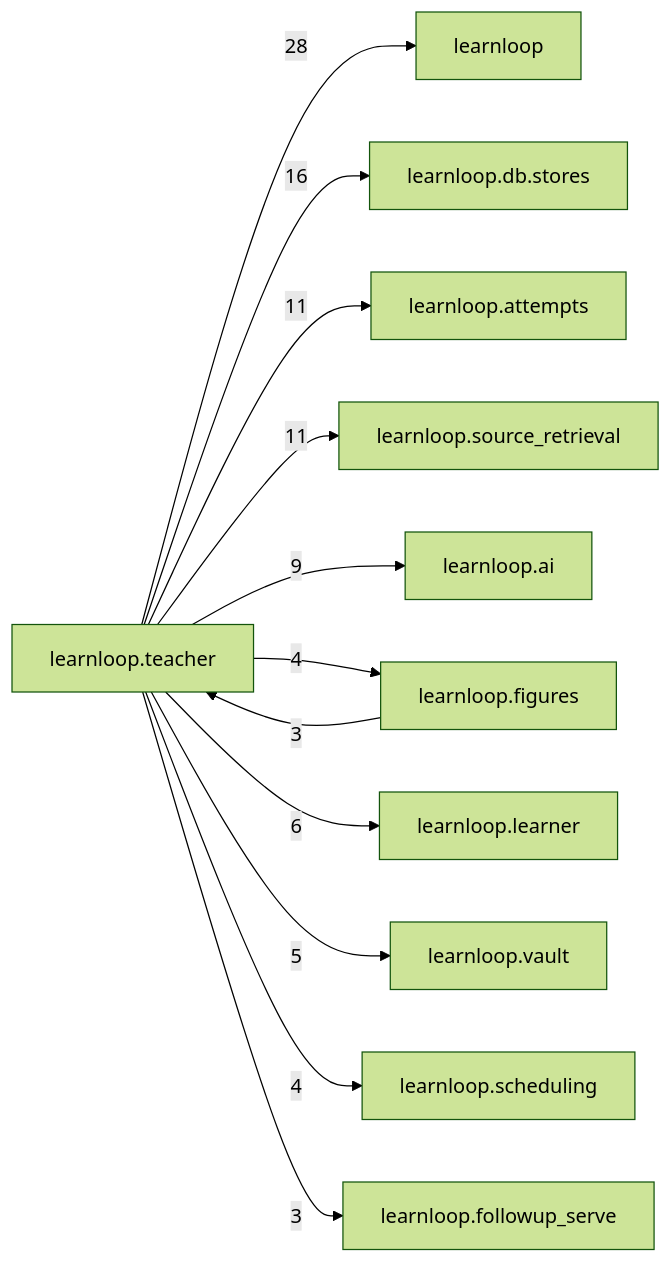
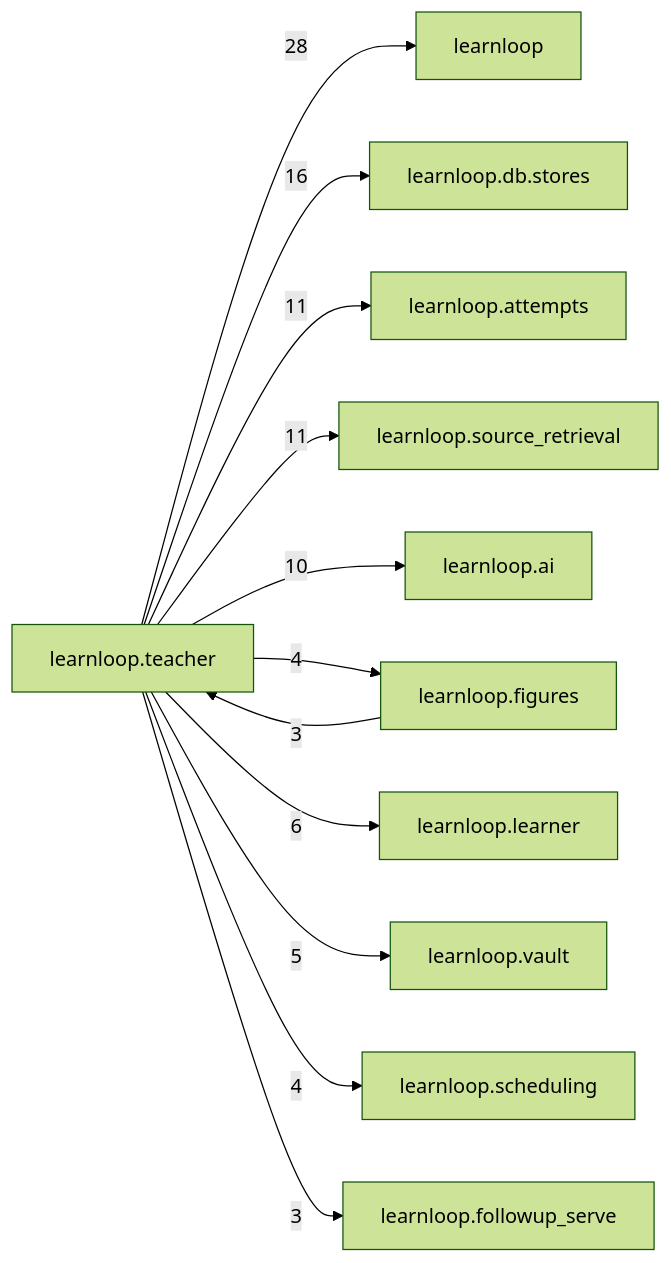
One commit to 6up-b/learnanything changed the diagram in docs/learnloop-architecture-vault/Reference/Modules/learnloop/teacher/_package.md. Above: the diagram before and after it, drawn with Mermaid (forest theme). The commit also changed other lines of this file and 62 other files, not shown here.

````diff
--- a/docs/learnloop-architecture-vault/Reference/Modules/learnloop/teacher/_package.md
+++ b/docs/learnloop-architecture-vault/Reference/Modules/learnloop/teacher/_package.md
@@ -122,25 +122,25 @@
 ```mermaid
 flowchart LR
     center["learnloop.teacher"]
     n_learnloop["learnloop"]
     n_learnloop_db_stores["learnloop.db.stores"]
     n_learnloop_attempts["learnloop.attempts"]
     n_learnloop_source_retrieval["learnloop.source_retrieval"]
     n_learnloop_ai["learnloop.ai"]
     n_learnloop_figures["learnloop.figures"]
     n_learnloop_learner["learnloop.learner"]
     n_learnloop_vault["learnloop.vault"]
     n_learnloop_scheduling["learnloop.scheduling"]
     n_learnloop_followup_serve["learnloop.followup_serve"]
     center -->|28| n_learnloop
     center -->|16| n_learnloop_db_stores
     center -->|11| n_learnloop_attempts
     center -->|11| n_learnloop_source_retrieval
-    center -->|9| n_learnloop_ai
+    center -->|10| n_learnloop_ai
     n_learnloop_figures -->|3| center
     center -->|4| n_learnloop_figures
     center -->|6| n_learnloop_learner
     center -->|5| n_learnloop_vault
     center -->|4| n_learnloop_scheduling
     center -->|3| n_learnloop_followup_serve
 ```
````
